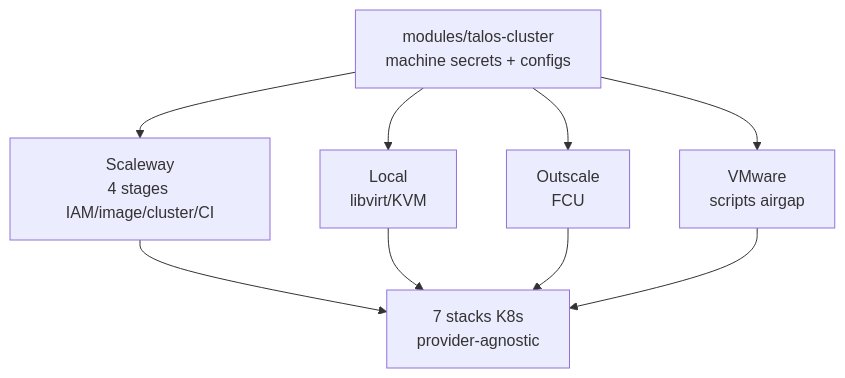
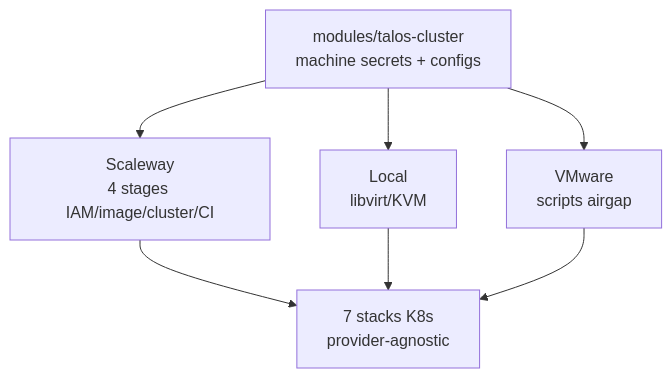
The sixth of 8 diagrams in docs/explanation/architecture.md (Destynova2/st4ck), drawn with Mermaid before and after one commit. The commit also changed other lines of this file and 20 other files, not shown here.

````diff
--- a/docs/explanation/architecture.md
+++ b/docs/explanation/architecture.md
@@ -138,14 +138,12 @@
 ```mermaid
 graph TB
     MOD[modules/talos-cluster<br/>machine secrets + configs]
 
     MOD --> SCW[Scaleway<br/>4 stages IAM/image/cluster/CI]
     MOD --> LOCAL[Local<br/>libvirt/KVM]
-    MOD --> OUT[Outscale<br/>FCU]
     MOD --> VMW[VMware<br/>scripts airgap]
 
     SCW --> K8S_STACKS[7 stacks K8s<br/>provider-agnostic]
     LOCAL --> K8S_STACKS
-    OUT --> K8S_STACKS
     VMW --> K8S_STACKS
 ```
````
